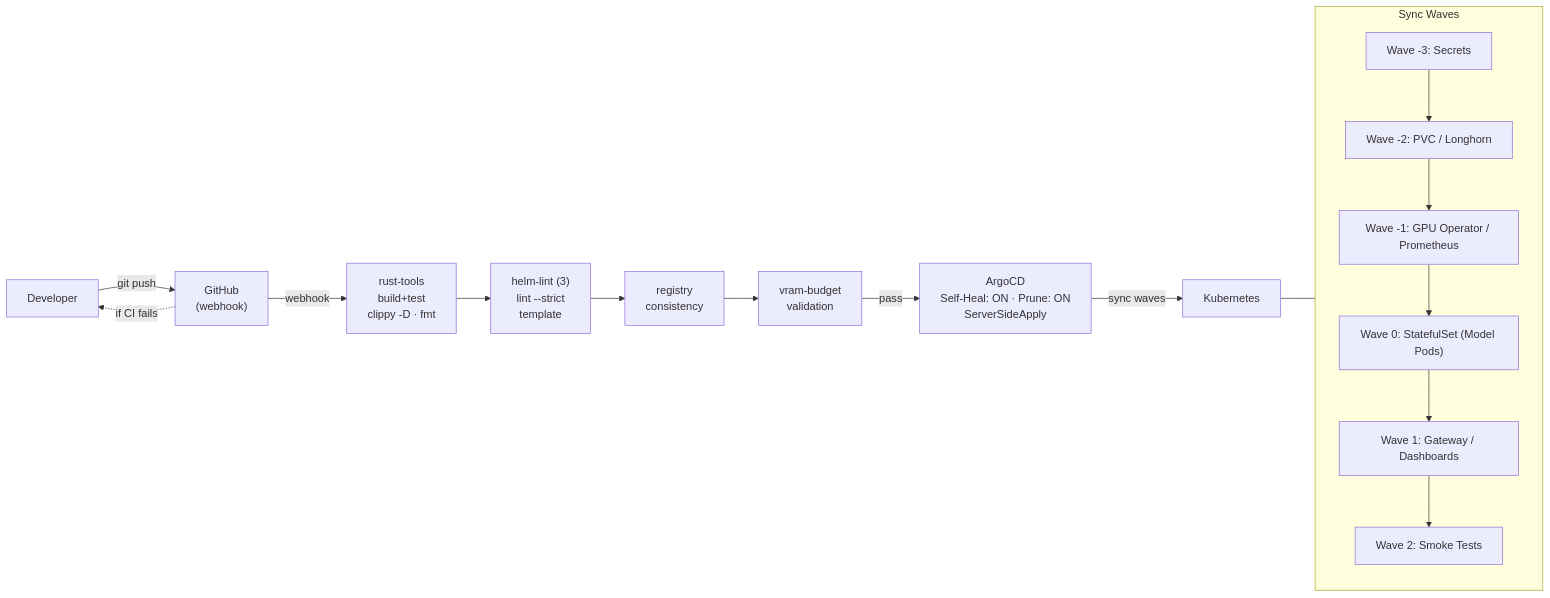
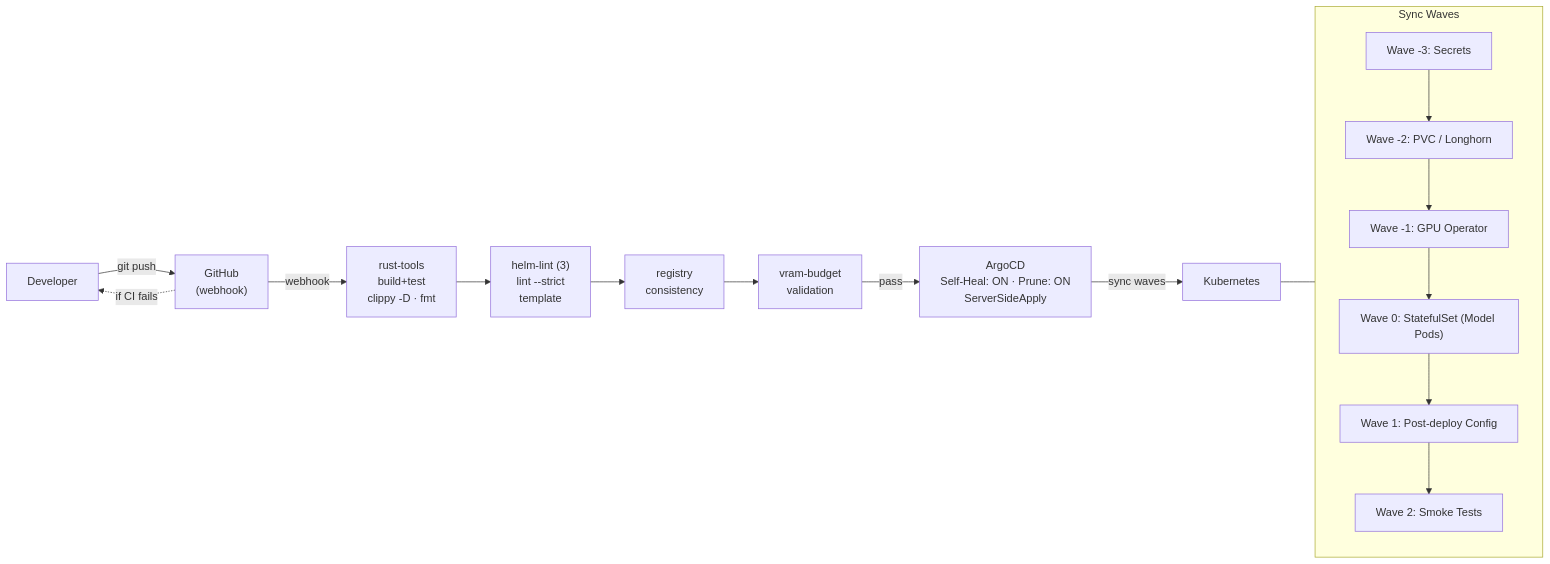
Before and after one commit to ADORSYS-GIS/Custom-Ai-Ops: the third of 7 diagrams in README.md, drawn with Mermaid. The commit also changed other lines of this file and 111 other files, not shown here.

````diff
--- a/README.md
+++ b/README.md
@@ -223,34 +209,34 @@
 ```mermaid
 graph LR
     DEV["Developer"]
     GH["GitHub<br/>(webhook)"]
     CI_RUST["rust-tools<br/>build+test<br/>clippy -D · fmt"]
     CI_HELM["helm-lint (3)<br/>lint --strict<br/>template"]
     CI_REG["registry<br/>consistency"]
     CI_VRAM["vram-budget<br/>validation"]
     ARGOCD["ArgoCD<br/>Self-Heal: ON · Prune: ON<br/>ServerSideApply"]
     K8S["Kubernetes"]
 
     DEV -->|git push| GH
     GH -->|webhook| CI_RUST
     CI_RUST --> CI_HELM
     CI_HELM --> CI_REG
     CI_REG --> CI_VRAM
 
     CI_VRAM -->|pass| ARGOCD
     GH -.->|if CI fails| DEV
 
     ARGOCD -->|sync waves| K8S
 
     subgraph Waves["Sync Waves"]
         W3["Wave -3: Secrets"]
         W2["Wave -2: PVC / Longhorn"]
-        W1["Wave -1: GPU Operator / Prometheus"]
+        W1["Wave -1: GPU Operator"]
         W0["Wave 0: StatefulSet (Model Pods)"]
-        W1P["Wave 1: Gateway / Dashboards"]
+        W1P["Wave 1: Post-deploy Config"]
         W2P["Wave 2: Smoke Tests"]
         W3 --> W2 --> W1 --> W0 --> W1P --> W2P
     end
 
     K8S --- Waves
 ```
````
